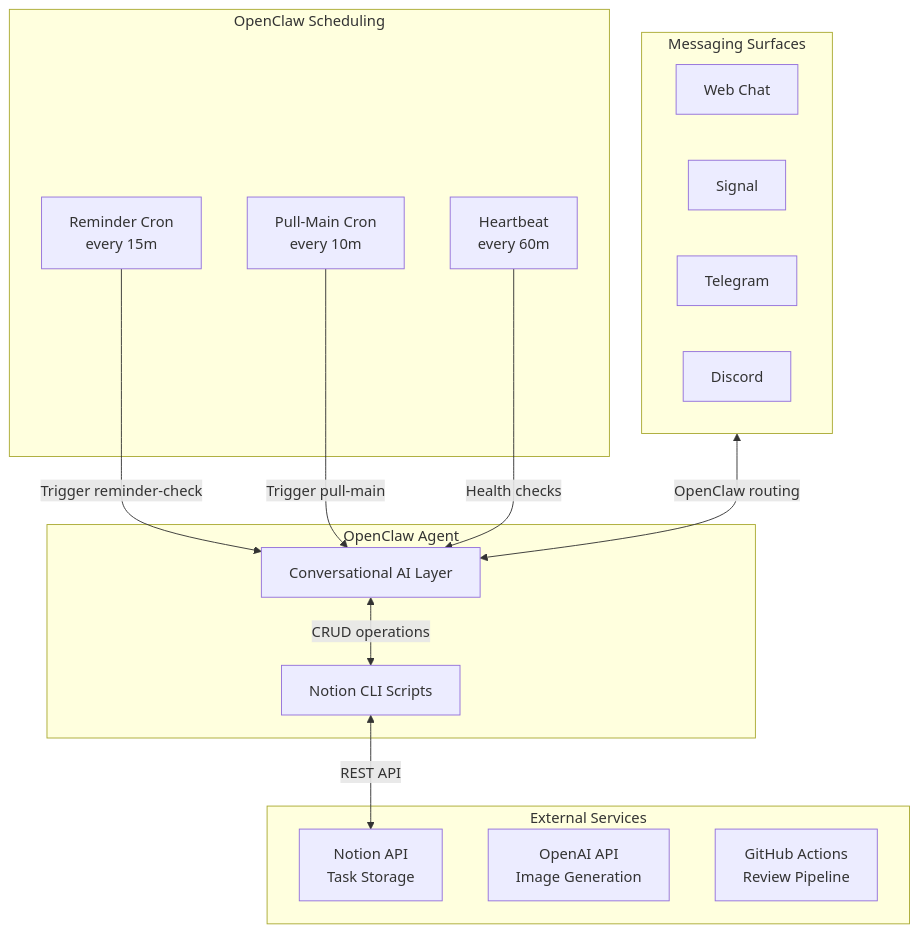
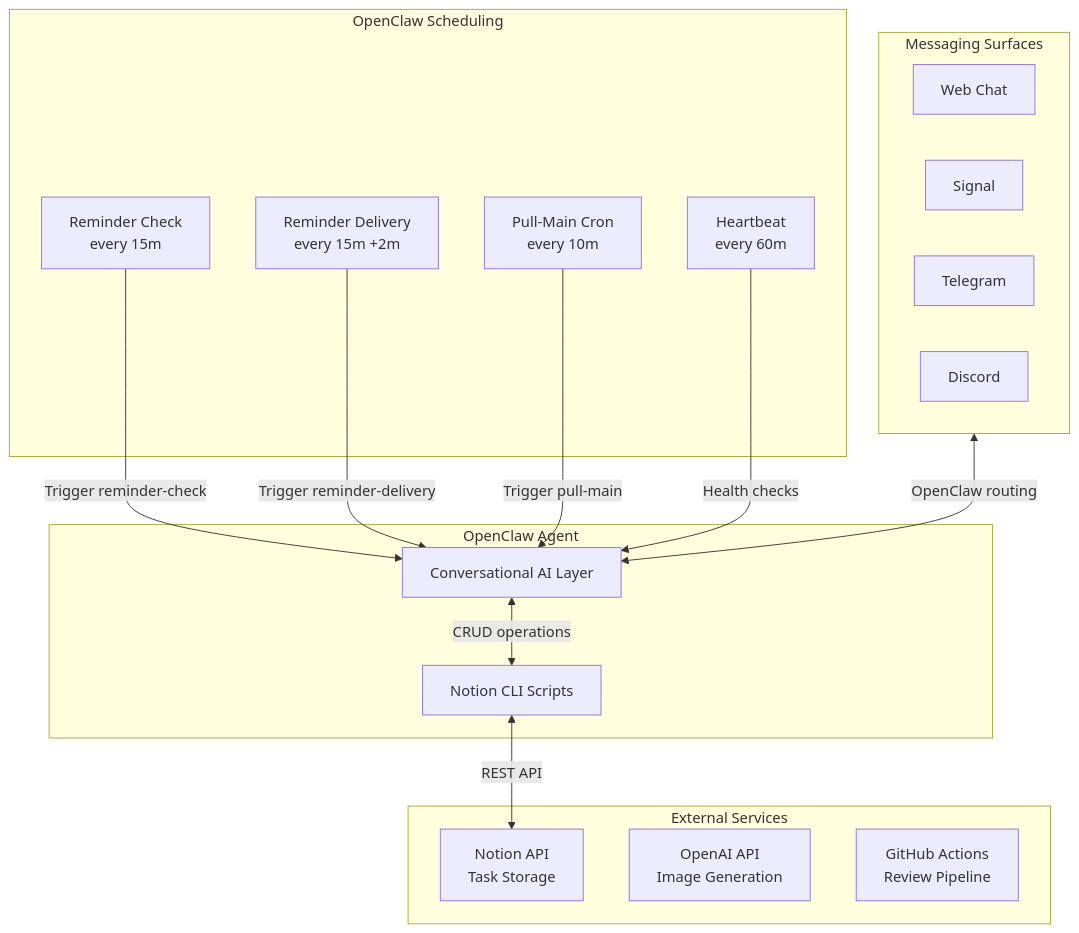
One commit to NickBorgersProbably/hide-my-list changed the first of 6 diagrams in docs/architecture.md. Above: the diagram before and after it, drawn with Mermaid. The commit also changed other lines of this file and 12 other files, not shown here.

Commit message:
Split reminder-check into polling and delivery cron jobs

````diff
--- a/docs/architecture.md
+++ b/docs/architecture.md
@@ -14,33 +14,35 @@
 ```mermaid
 flowchart TB
     subgraph Agent["OpenClaw Agent"]
         AI[Conversational AI Layer]
         Scripts[Notion CLI Scripts]
     end
 
     subgraph Scheduling["OpenClaw Scheduling"]
         Heartbeat[Heartbeat<br/>every 60m]
-        ReminderCron[Reminder Cron<br/>every 15m]
+        ReminderCheckCron[Reminder Check<br/>every 15m]
+        ReminderDeliveryCron[Reminder Delivery<br/>every 15m +2m]
         PullMainCron[Pull-Main Cron<br/>every 10m]
     end
 
     subgraph Messaging["Messaging Surfaces"]
         Web[Web Chat]
         Signal[Signal]
         Telegram[Telegram]
         Discord[Discord]
     end
 
     subgraph External["External Services"]
         Notion[Notion API<br/>Task Storage]
         OpenAI[OpenAI API<br/>Image Generation]
         GitHub[GitHub Actions<br/>Review Pipeline]
     end
 
     Messaging <-->|OpenClaw routing| AI
     AI <-->|CRUD operations| Scripts
     Scripts <-->|REST API| Notion
-    ReminderCron -->|Trigger reminder-check| AI
+    ReminderCheckCron -->|Trigger reminder-check| AI
+    ReminderDeliveryCron -->|Trigger reminder-delivery| AI
     PullMainCron -->|Trigger pull-main| AI
     Heartbeat -->|Health checks| AI
 ```
````
